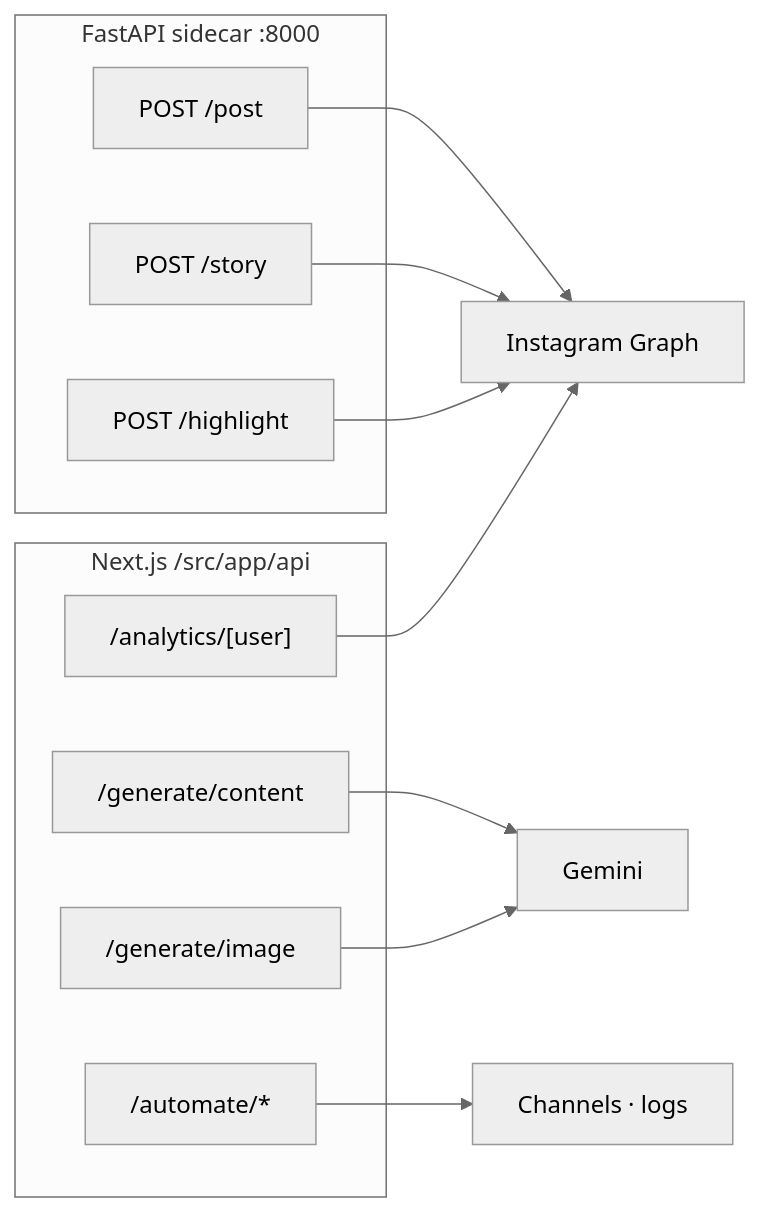
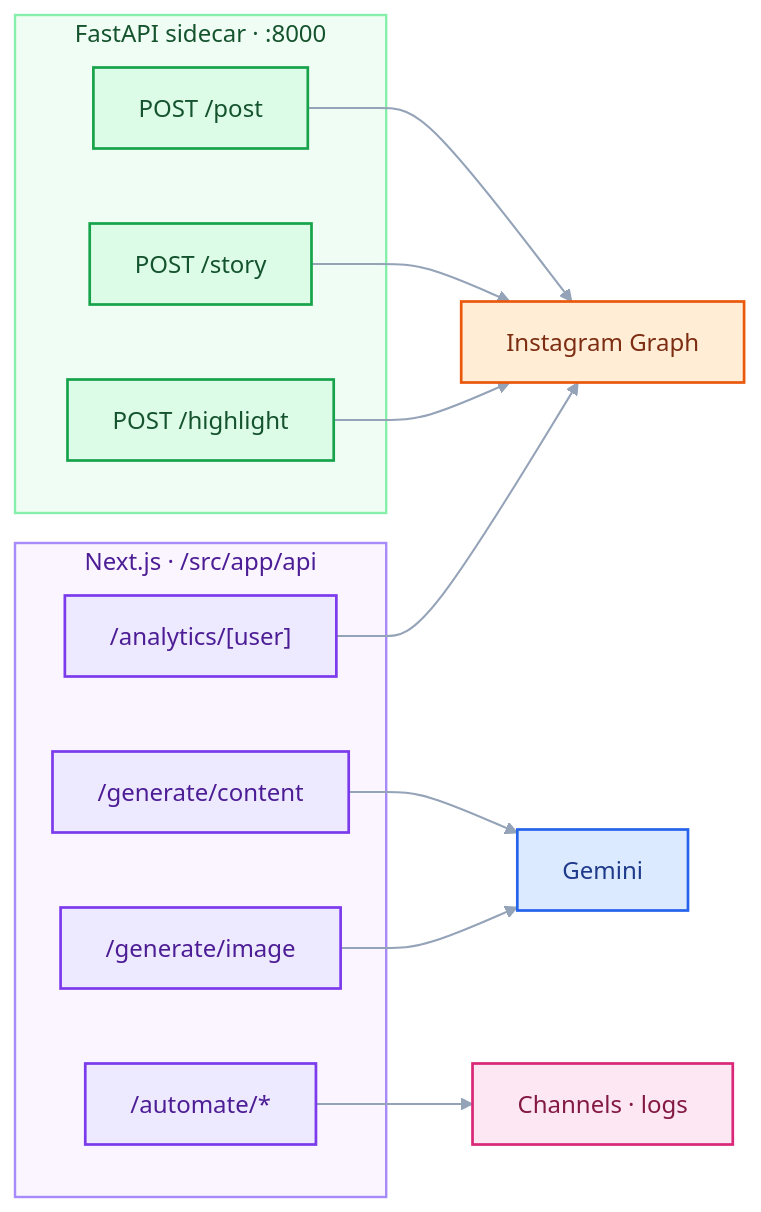
Before and after one commit to Aniruddh-fullstac/knowmedfia: the fifth of 8 diagrams in README.md, drawn with Mermaid. The commit also changed other lines of this file, not shown here.

Commit message:
docs: use custom pipeline diagram in README

````diff
--- a/README.md
+++ b/README.md
@@ -260,24 +325,41 @@
 ```mermaid
 %%{init: { "theme": "neutral" }}%%
 flowchart LR
-  subgraph NextAPI["Next.js /src/app/api"]
+  subgraph NextAPI["Next.js · /src/app/api"]
     API1["/analytics/[user]"]
     API2["/generate/content"]
     API3["/generate/image"]
     API4["/automate/*"]
   end
 
-  subgraph Fast["FastAPI sidecar :8000"]
+  subgraph Fast["FastAPI sidecar · :8000"]
     P["POST /post"]
     S["POST /story"]
     H["POST /highlight"]
   end
 
   API1 --> IG["Instagram Graph"]
   API2 --> GEM["Gemini"]
   API3 --> GEM
   API4 --> CH["Channels · logs"]
   P --> IG
   S --> IG
   H --> IG
+
+  classDef nextapi fill:#ede9fe,stroke:#7c3aed,stroke-width:1.8px,color:#4c1d95
+  classDef fastapi fill:#dcfce7,stroke:#16a34a,stroke-width:1.8px,color:#14532d
+  classDef ext     fill:#ffedd5,stroke:#ea580c,stroke-width:1.8px,color:#7c2d12
+  classDef ai      fill:#dbeafe,stroke:#2563eb,stroke-width:1.8px,color:#1e3a8a
+  classDef chan    fill:#fce7f3,stroke:#db2777,stroke-width:1.8px,color:#831843
+
+  class API1,API2,API3,API4 nextapi
+  class P,S,H fastapi
+  class IG ext
+  class GEM ai
+  class CH chan
+
+  style NextAPI fill:#faf5ff,stroke:#a78bfa,stroke-width:1.6px,color:#4c1d95
+  style Fast    fill:#f0fdf4,stroke:#86efac,stroke-width:1.6px,color:#14532d
+
+  linkStyle default stroke:#94a3b8,stroke-width:1.4px
 ```
````
